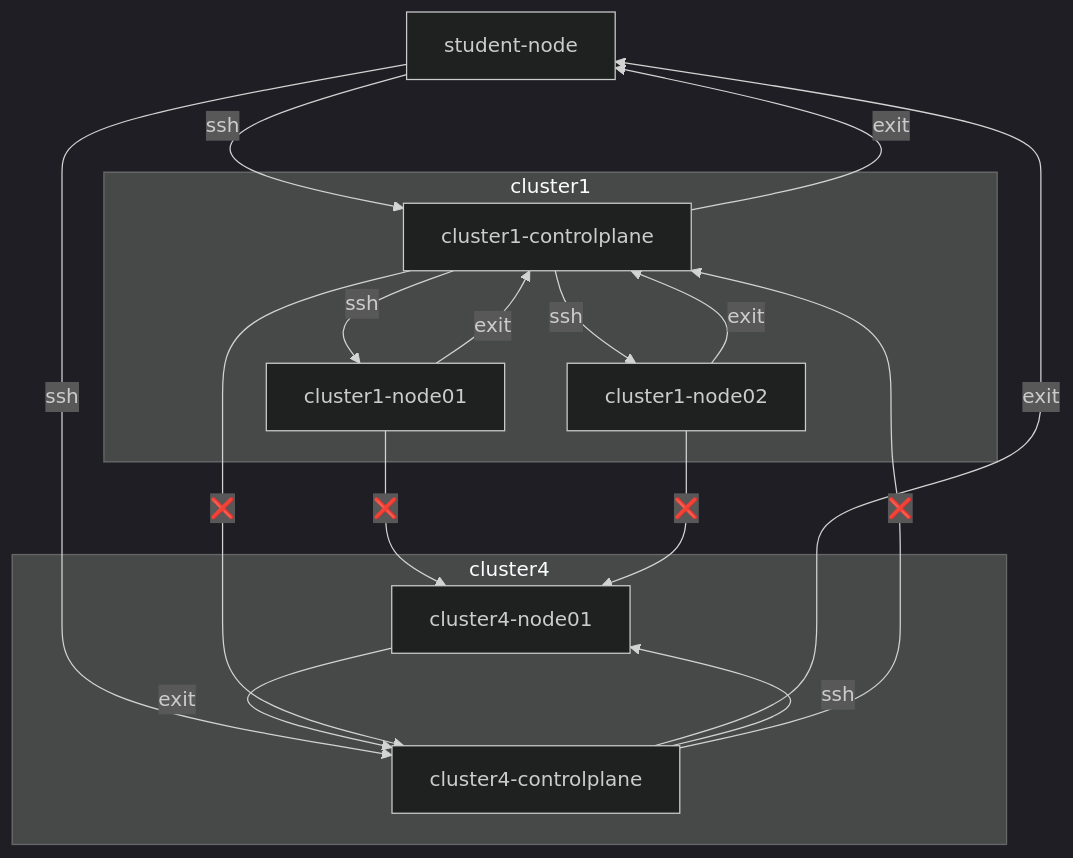
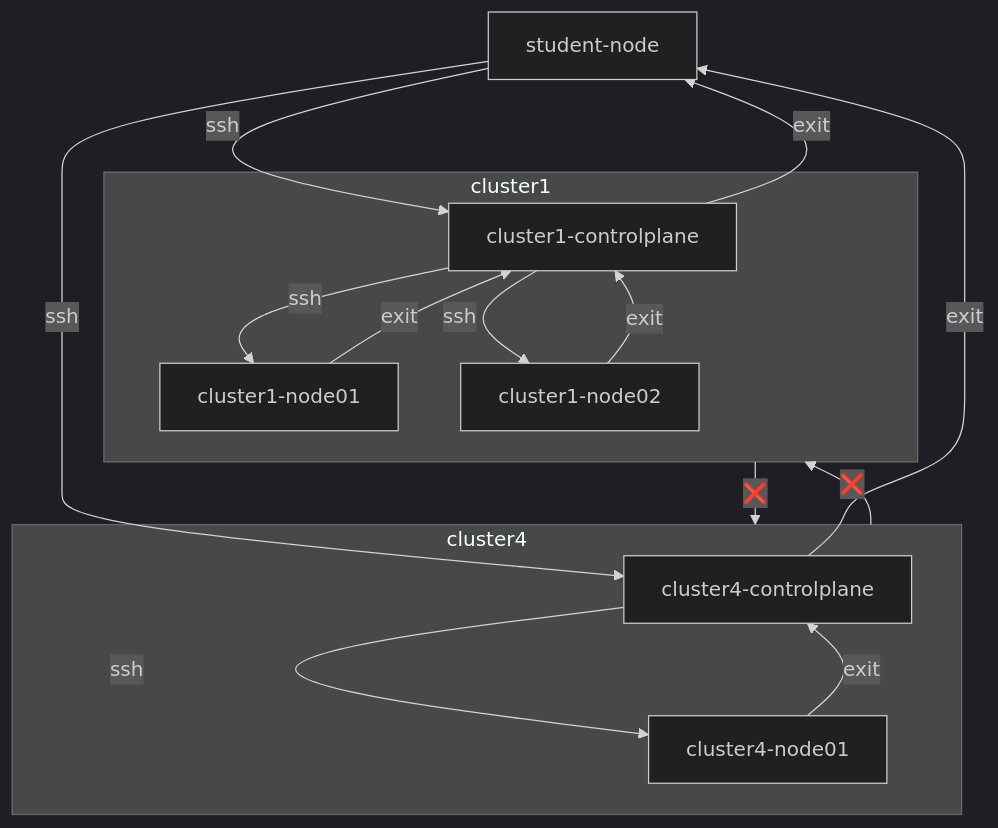
The fourth of 4 diagrams in docs/ssh.md (kodekloudhub/community-faq), drawn with Mermaid (dark theme) before and after one commit.

Commit message:
tweaking diagram

````diff
--- a/docs/ssh.md
+++ b/docs/ssh.md
@@ -324,33 +324,31 @@
 ```mermaid
 graph TD
 
     Jump[student-node]
 
     AC[cluster1-controlplane]
     A1[cluster1-node01]
     A2[cluster1-node02]
     BC[cluster4-controlplane]
     B1[cluster4-node01]
 
     Jump -->|ssh| AC
     Jump -->|ssh| BC
 
     AC -->|exit| Jump
     subgraph Cluster1 [cluster1]
         AC -->|ssh| A1
         AC -->|ssh| A2
         A1 -->|exit| AC
         A2 -->|exit| AC
     end
 
     BC -->|exit| Jump
     subgraph Cluster4 [cluster4]
         BC -->|ssh| B1
         B1 -->|exit| BC
     end
 
-    AC -->|❌| BC
-    BC -->|❌| AC
-    A1 -->|❌| B1
-    A2 -->|❌| B1
+    Cluster1 --->|❌| Cluster4
+    Cluster4 --->|❌| Cluster1
 ```
````
